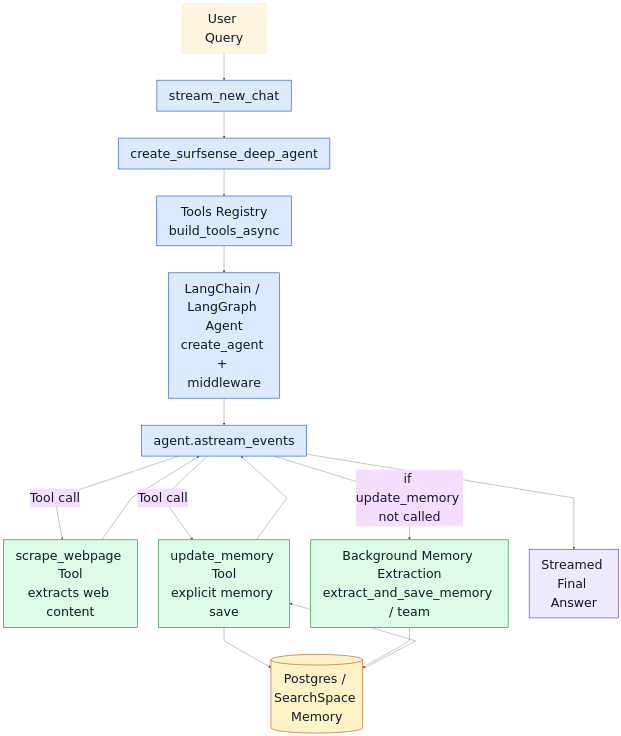
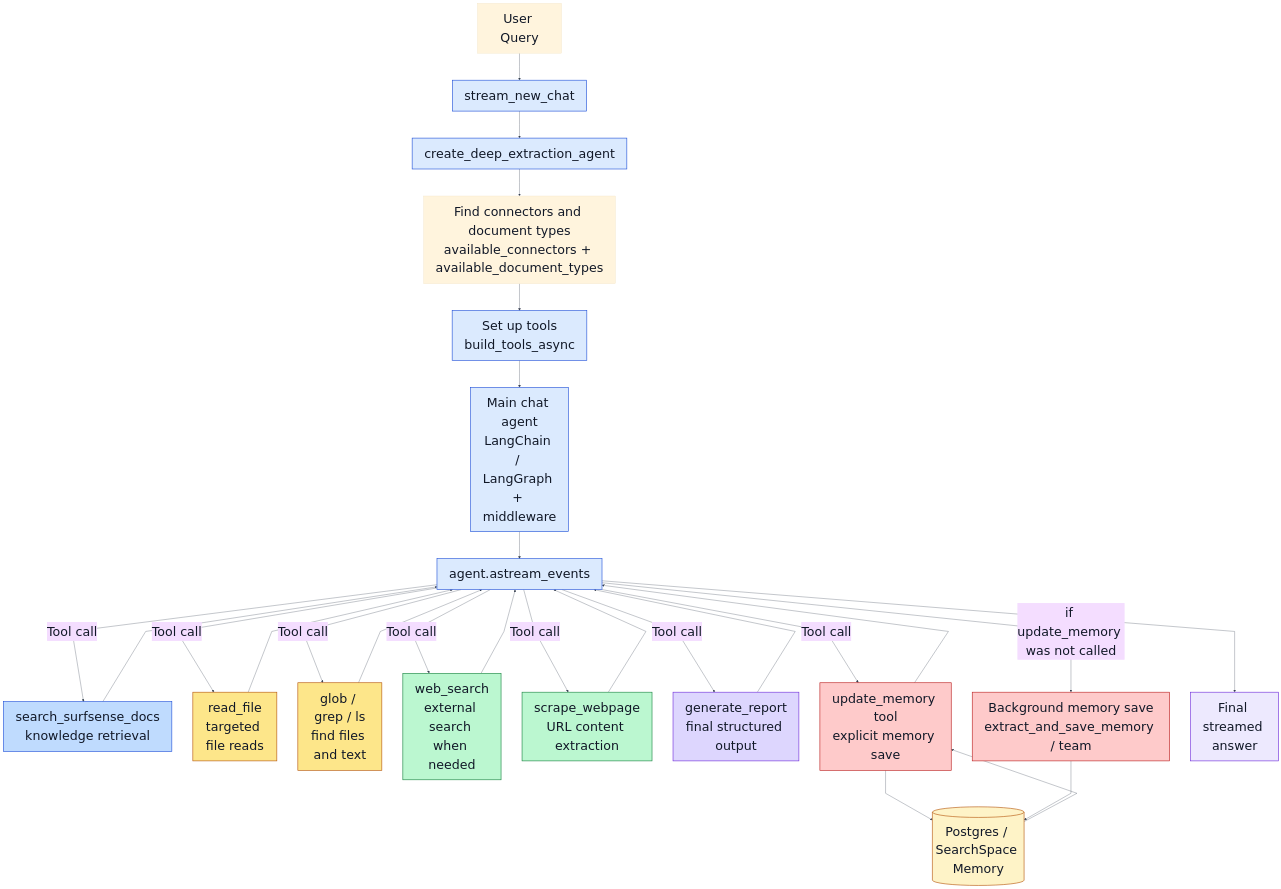
Before and after one commit to cyberyu/DocumentAI: the diagram in diagrams/extraction_orchestration_block.mmd, drawn with Mermaid. The commit also changed 276 other files, not shown here.

```diff
--- a/diagrams/extraction_orchestration_block.mmd
+++ b/diagrams/extraction_orchestration_block.mmd
@@ -1,55 +1,84 @@
 %%{init: {
   "theme": "base",
   "themeVariables": {
     "fontSize": "42px",
     "fontFamily": "Inter, Segoe UI, Arial",
     "primaryTextColor": "#111827",
     "lineColor": "#374151"
   },
   "flowchart": {
     "curve": "linear",
     "nodeSpacing": 70,
     "rankSpacing": 90,
     "padding": 20
   }
 }}%%
 
 flowchart TB
   U[User Query]
   API[stream_new_chat]
-  FACTORY[create_surfsense_deep_agent]
-  REG[Tools Registry<br/>build_tools_async]
-  AGENT[LangChain / LangGraph Agent<br/>create_agent + middleware]
+  FACTORY[create_deep_extraction_agent]
+  DETECT[Find connectors and document types<br/>available_connectors + available_document_types]
+  REG[Set up tools<br/>build_tools_async]
+  AGENT[Main chat agent<br/>LangChain / LangGraph + middleware]
   STREAM[agent.astream_events]
 
-  SCRAPE[scrape_webpage Tool<br/>extracts web content]
-  UPDATE[update_memory Tool<br/>explicit memory save]
-  BG[Background Memory Extraction<br/>extract_and_save_memory / team]
+  SDOCS[search_surfsense_docs<br/>knowledge retrieval]
+  RFILE[read_file<br/>targeted file reads]
+  FTOOLS[glob / grep / ls<br/>find files and text]
+  WSEARCH[web_search<br/>external search when needed]
+  SCRAPE[scrape_webpage<br/>URL content extraction]
+  REPORT[generate_report<br/>final structured output]
+  UPDATE[update_memory tool<br/>explicit memory save]
+  BG[Background memory save<br/>extract_and_save_memory / team]
   DB[(Postgres / SearchSpace Memory)]
 
-  OUT[Streamed Final Answer]
+  OUT[Final streamed answer]
 
-  U --> API --> FACTORY --> REG --> AGENT --> STREAM
+  U --> API --> FACTORY --> DETECT --> REG --> AGENT --> STREAM
+
+  STREAM -->|Tool call| SDOCS
+  SDOCS --> STREAM
+
+  STREAM -->|Tool call| RFILE
+  RFILE --> STREAM
+
+  STREAM -->|Tool call| FTOOLS
+  FTOOLS --> STREAM
+
+  STREAM -->|Tool call| WSEARCH
+  WSEARCH --> STREAM
 
   STREAM -->|Tool call| SCRAPE
   SCRAPE --> STREAM
+
+  STREAM -->|Tool call| REPORT
+  REPORT --> STREAM
 
   STREAM -->|Tool call| UPDATE
   UPDATE --> DB
   DB --> UPDATE
   UPDATE --> STREAM
 
-  STREAM -->|if update_memory not called| BG
+  STREAM -->|if update_memory was not called| BG
   BG --> DB
 
   STREAM --> OUT
 
   classDef core fill:#dbeafe,stroke:#1d4ed8,stroke-width:2px,color:#111827;
-  classDef tool fill:#dcfce7,stroke:#15803d,stroke-width:2px,color:#111827;
+  classDef docsTool fill:#bfdbfe,stroke:#1d4ed8,stroke-width:2px,color:#111827;
+  classDef fileTool fill:#fde68a,stroke:#b45309,stroke-width:2px,color:#111827;
+  classDef webTool fill:#bbf7d0,stroke:#15803d,stroke-width:2px,color:#111827;
+  classDef reportTool fill:#ddd6fe,stroke:#6d28d9,stroke-width:2px,color:#111827;
+  classDef memTool fill:#fecaca,stroke:#b91c1c,stroke-width:2px,color:#111827;
   classDef store fill:#fef3c7,stroke:#b45309,stroke-width:2px,color:#111827;
   classDef out fill:#ede9fe,stroke:#6d28d9,stroke-width:2px,color:#111827;
 
   class API,FACTORY,REG,AGENT,STREAM core;
-  class SCRAPE,UPDATE,BG tool;
+  class SDOCS docsTool;
+  class RFILE,FTOOLS fileTool;
+  class WSEARCH,SCRAPE webTool;
+  class REPORT reportTool;
+  class UPDATE,BG memTool;
   class DB store;
   class OUT out;
```
